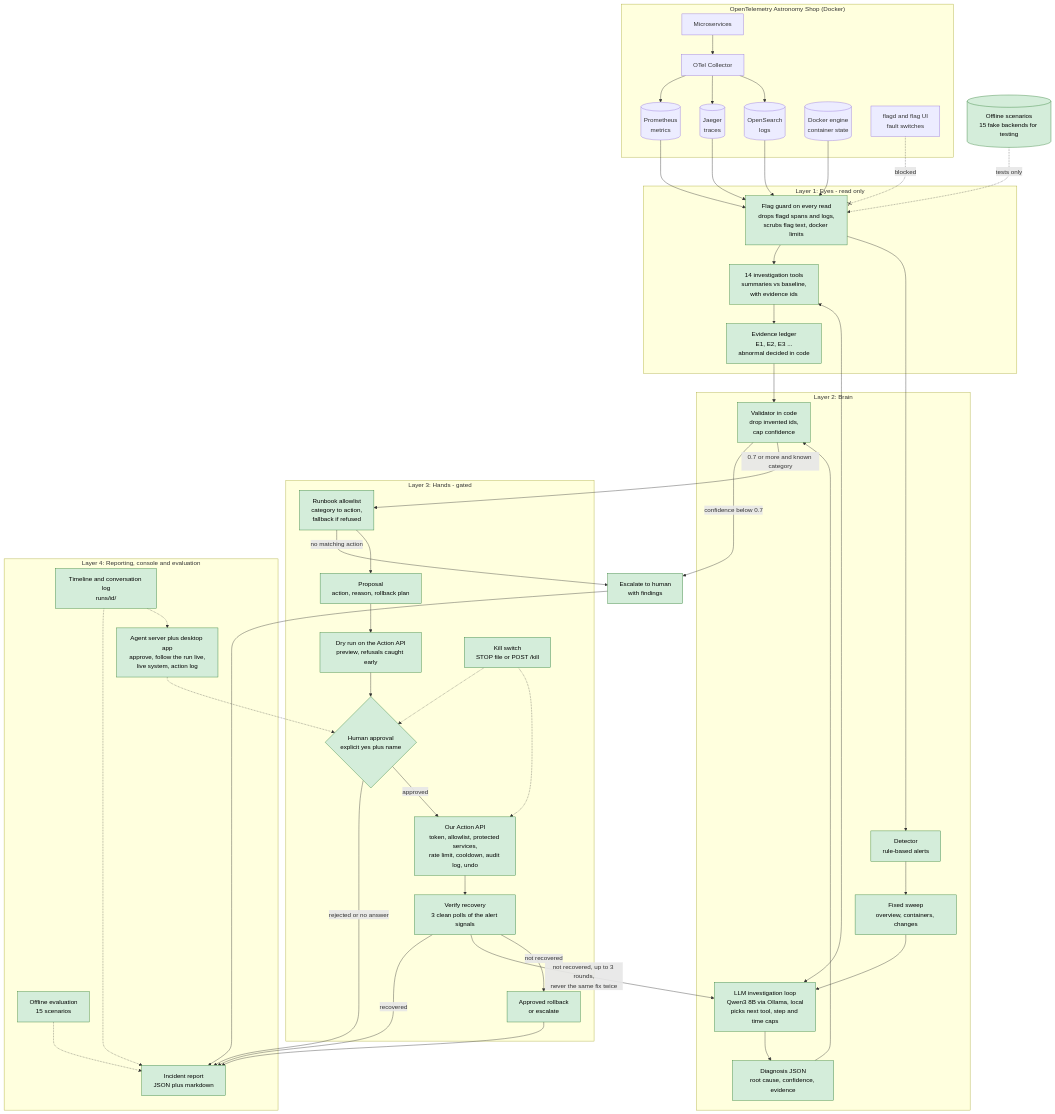
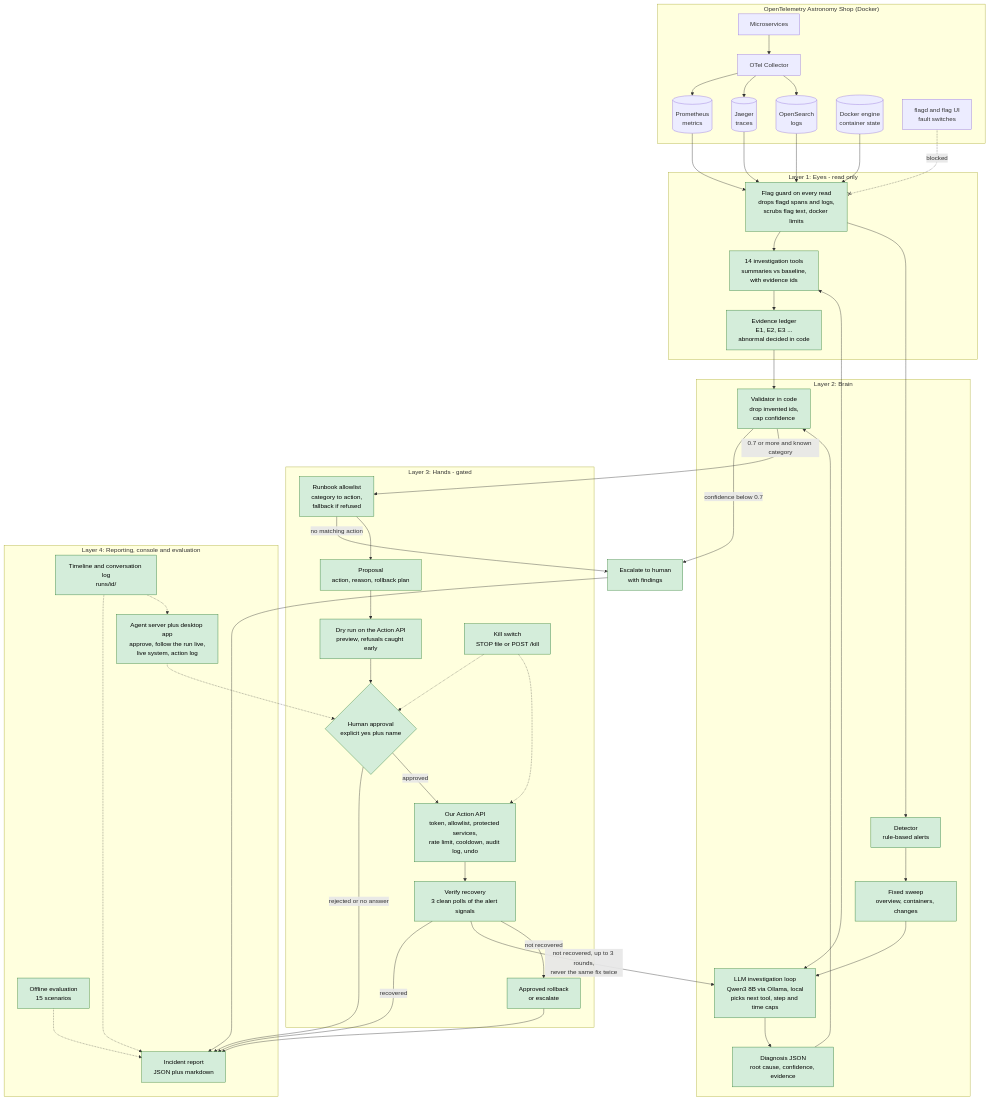
The diagram in docs/architecture.md (sumit-s-nair/bosch-team1), drawn with Mermaid before and after one commit.

Commit message:
Architecture changes

````diff
--- a/docs/architecture.md
+++ b/docs/architecture.md
@@ -4,82 +4,82 @@
 ```mermaid
 flowchart TD
     subgraph DEMO["OpenTelemetry Astronomy Shop (Docker)"]
         SVC[Microservices] --> COL[OTel Collector]
         COL --> PROM[(Prometheus<br/>metrics)]
         COL --> JAE[(Jaeger<br/>traces)]
         COL --> OS[(OpenSearch<br/>logs)]
         DOCK[(Docker engine<br/>container state)]
         FLAG[flagd and flag UI<br/>fault switches]
     end
 
-    OFF[(Offline scenarios<br/>15 fake backends for testing)]
+ 
 
     subgraph EYES["Layer 1: Eyes - read only"]
         GW["Flag guard on every read<br/>drops flagd spans and logs,<br/>scrubs flag text, docker limits"]
         TOOLS["14 investigation tools<br/>summaries vs baseline,<br/>with evidence ids"]
         LEDGER[Evidence ledger<br/>E1, E2, E3 ...<br/>abnormal decided in code]
     end
 
     subgraph BRAIN["Layer 2: Brain"]
         DET[Detector<br/>rule-based alerts] --> SWEEP[Fixed sweep<br/>overview, containers, changes]
         SWEEP --> LOOP[LLM investigation loop<br/>Qwen3 8B via Ollama, local<br/>picks next tool, step and time caps]
         LOOP --> DIAG[Diagnosis JSON<br/>root cause, confidence, evidence]
         DIAG --> VAL["Validator in code<br/>drop invented ids,<br/>cap confidence"]
     end
 
     subgraph HANDS["Layer 3: Hands - gated"]
         ALLOW[Runbook allowlist<br/>category to action,<br/>fallback if refused]
         PROP[Proposal<br/>action, reason, rollback plan]
         DRY[Dry run on the Action API<br/>preview, refusals caught early]
         APPROVE{Human approval<br/>explicit yes plus name}
         KILL[Kill switch<br/>STOP file or POST /kill]
         ACT["Our Action API<br/>token, allowlist, protected services,<br/>rate limit, cooldown, audit log, undo"]
         VERIFY[Verify recovery<br/>3 clean polls of the alert signals]
         RB[Approved rollback<br/>or escalate]
     end
 
     ESC[Escalate to human<br/>with findings]
 
     subgraph OUT["Layer 4: Reporting, console and evaluation"]
         REP[Incident report<br/>JSON plus markdown]
         TL[Timeline and conversation log<br/>runs/id/]
         UI[Agent server plus desktop app<br/>approve, follow the run live,<br/>live system, action log]
         HAR[Offline evaluation<br/>15 scenarios]
     end
 
     PROM --> GW
     JAE --> GW
     OS --> GW
     DOCK --> GW
-    OFF -. tests only .-> GW
+  
     FLAG -. blocked .-x GW
 
     GW --> TOOLS
     GW --> DET
     TOOLS --> LEDGER
     LOOP <--> TOOLS
     LEDGER --> VAL
 
     VAL -->|confidence below 0.7| ESC
     VAL -->|0.7 or more and known category| ALLOW
     ALLOW -->|no matching action| ESC
     ALLOW --> PROP --> DRY --> APPROVE
     APPROVE -->|rejected or no answer| REP
     APPROVE -->|approved| ACT
     ACT --> VERIFY
     VERIFY -->|recovered| REP
     VERIFY -->|not recovered, up to 3 rounds,<br/>never the same fix twice| LOOP
     VERIFY -->|not recovered| RB
     RB --> REP
     ESC --> REP
 
     KILL -.-> APPROVE
     KILL -.-> ACT
     TL -.-> REP
     UI -.-> APPROVE
     TL -.-> UI
     HAR -.-> REP
 
     classDef built fill:#d4edda,stroke:#2e7d32,color:#000
     class GW,TOOLS,LEDGER,DET,SWEEP,LOOP,DIAG,VAL,ALLOW,PROP,DRY,APPROVE,KILL,ACT,VERIFY,RB,ESC,REP,TL,UI,HAR,OFF built
 ```
````
